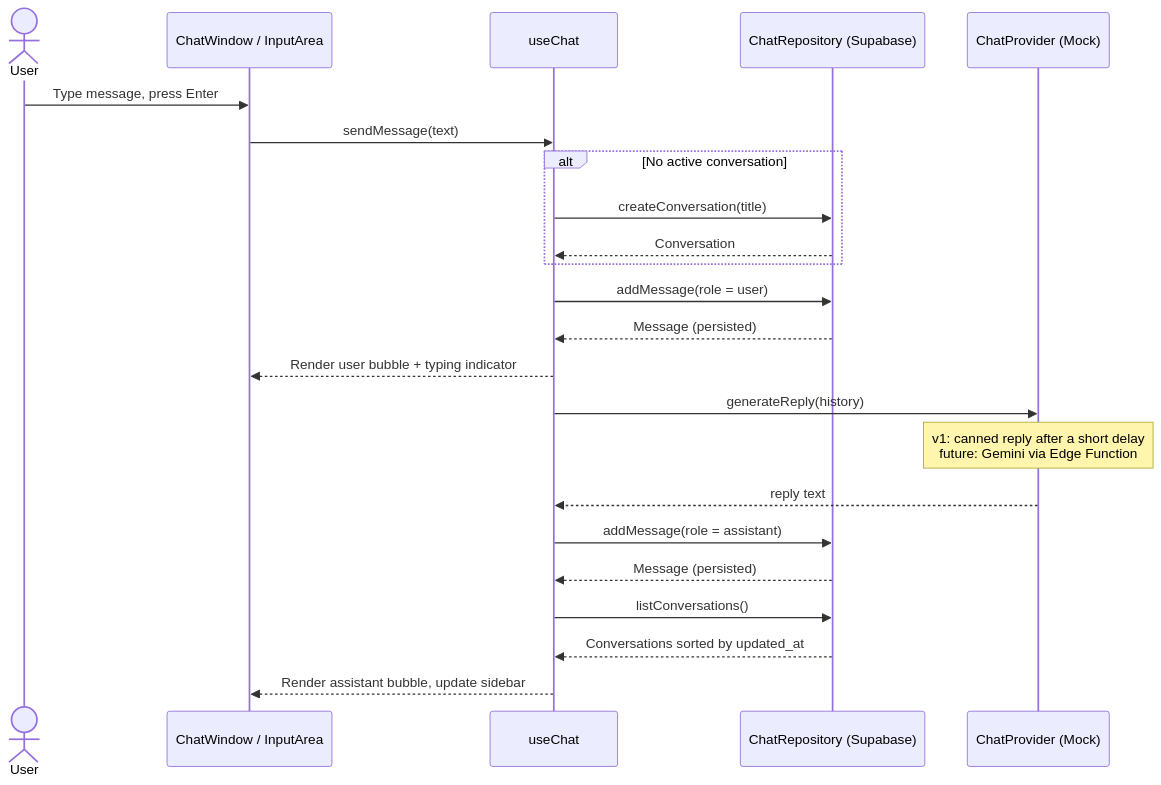
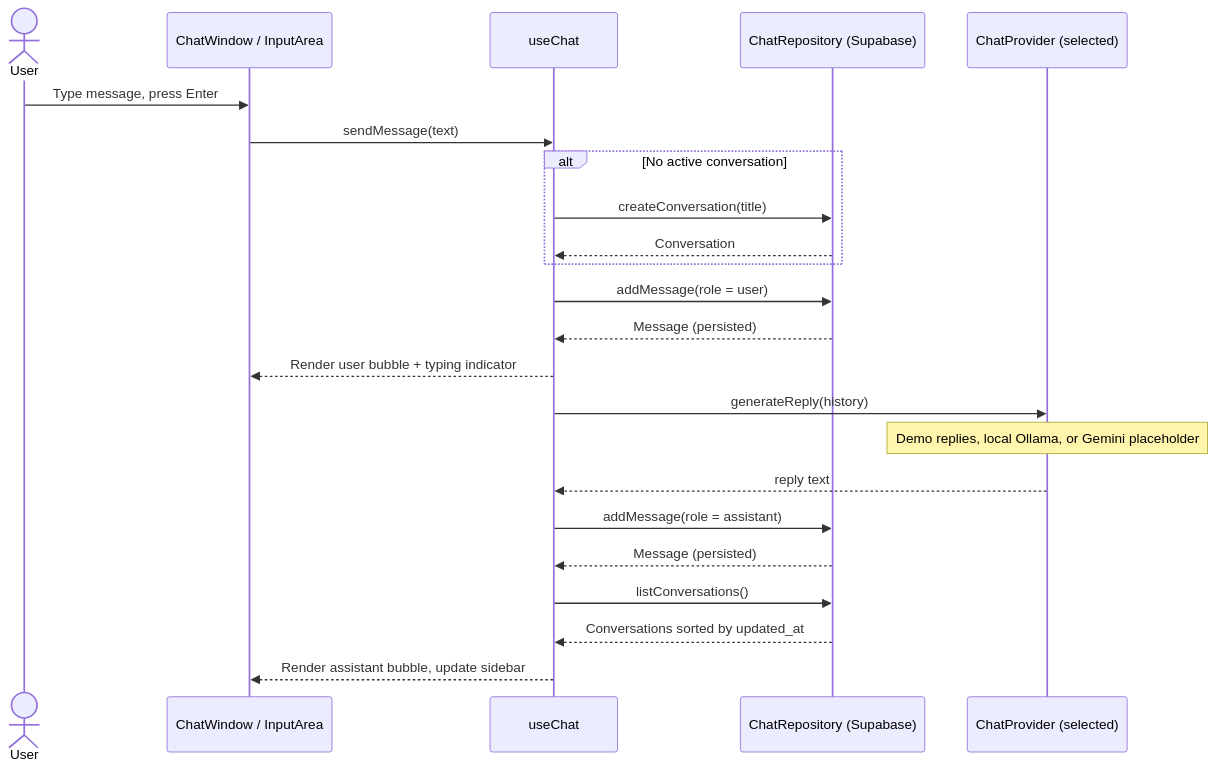
The third of 3 diagrams in README.md (ada-school/ai-chat), drawn with Mermaid before and after one commit. The commit also changed other lines of this file and 16 other files, not shown here.

Commit message:
implemented ollama integration for local llm

````diff
--- a/README.md
+++ b/README.md
@@ -175,26 +202,26 @@
 ```mermaid
 sequenceDiagram
     actor U as User
     participant UI as ChatWindow / InputArea
     participant H as useChat
     participant R as ChatRepository (Supabase)
-    participant P as ChatProvider (Mock)
+    participant P as ChatProvider (selected)
 
     U->>UI: Type message, press Enter
     UI->>H: sendMessage(text)
     alt No active conversation
         H->>R: createConversation(title)
         R-->>H: Conversation
     end
     H->>R: addMessage(role = user)
     R-->>H: Message (persisted)
     H-->>UI: Render user bubble + typing indicator
     H->>P: generateReply(history)
-    Note over P: v1: canned reply after a short delay<br/>future: Gemini via Edge Function
+    Note over P: Demo replies, local Ollama, or Gemini placeholder
     P-->>H: reply text
     H->>R: addMessage(role = assistant)
     R-->>H: Message (persisted)
     H->>R: listConversations()
     R-->>H: Conversations sorted by updated_at
     H-->>UI: Render assistant bubble, update sidebar
 ```
````
